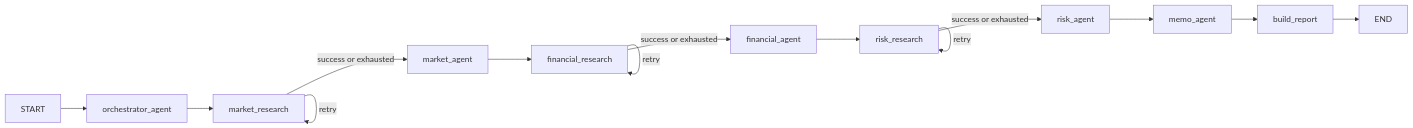
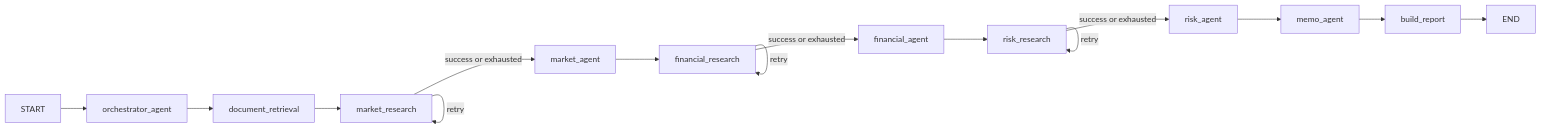
Before and after one commit to rogerrrmalcolm/Bastion: the diagram in docs/langgraph-workflow.md, drawn with Mermaid. The commit also changed other lines of this file and 15 other files, not shown here.

````diff
--- a/docs/langgraph-workflow.md
+++ b/docs/langgraph-workflow.md
@@ -24,16 +24,17 @@
 ```mermaid
 flowchart LR
     START --> O["orchestrator_agent"]
-    O --> MR["market_research"]
+    O --> D["document_retrieval"]
+    D --> MR["market_research"]
     MR -->|"retry"| MR
     MR -->|"success or exhausted"| M["market_agent"]
     M --> FR["financial_research"]
     FR -->|"retry"| FR
     FR -->|"success or exhausted"| F["financial_agent"]
     F --> RR["risk_research"]
     RR -->|"retry"| RR
     RR -->|"success or exhausted"| R["risk_agent"]
     R --> MM["memo_agent"]
     MM --> B["build_report"]
     B --> END
 ```
````
